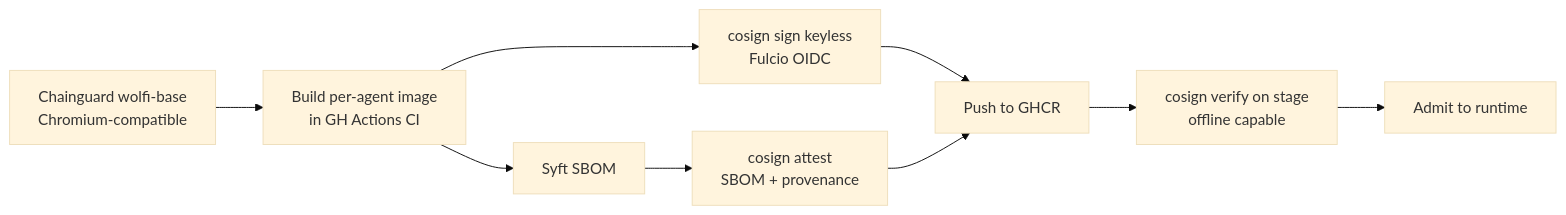
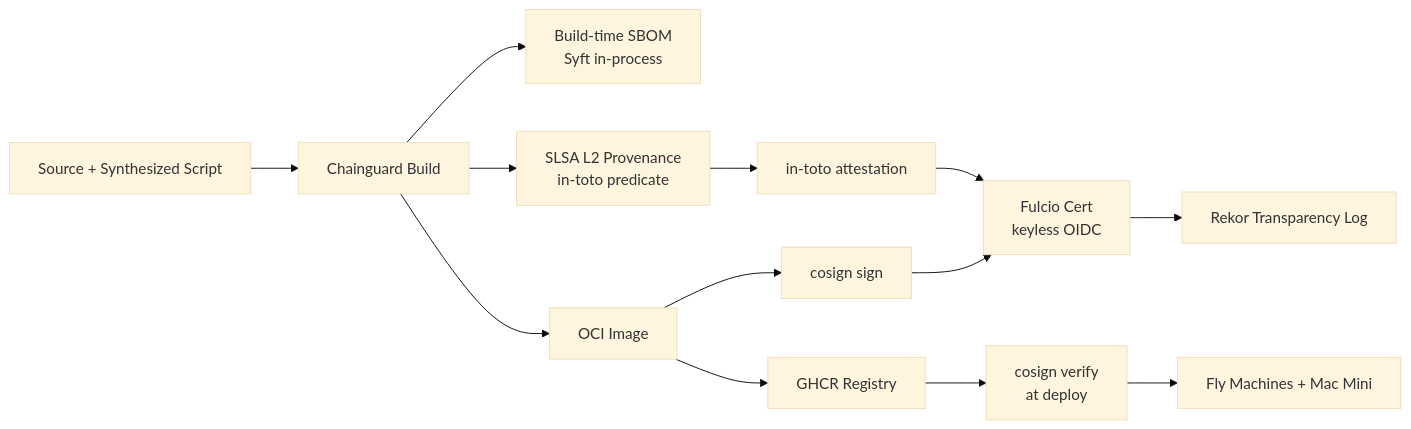
One commit to nihalnihalani/understudy changed the fifth of 9 diagrams in architecture.md. Above: the diagram before and after it, drawn with Mermaid (base theme). The commit also changed other lines of this file and 1 other file, not shown here.

````diff
--- a/architecture.md
+++ b/architecture.md
@@ -133,20 +227,28 @@
 ```mermaid
 flowchart LR
-    Base[Chainguard wolfi-base<br/>Chromium-compatible]
-    Build[Build per-agent image<br/>in GH Actions CI]
-    SBOM[Syft SBOM]
-    Sign[cosign sign keyless<br/>Fulcio OIDC]
-    Attest[cosign attest<br/>SBOM + provenance]
-    Push[Push to GHCR]
-    Verify[cosign verify on stage<br/>offline capable]
-    Admit[Admit to runtime]
+    SRC[Source + Synthesized Script]
+    BUILD[Chainguard Build]
+    SBOM_GEN[Build-time SBOM<br/>Syft in-process]
+    SLSA_PRED[SLSA L2 Provenance<br/>in-toto predicate]
+    IMG[OCI Image]
+    REG[GHCR Registry]
+    ATT[in-toto attestation]
+    FULCIO[Fulcio Cert<br/>keyless OIDC]
+    REKOR[Rekor Transparency Log]
+    COSIGN[cosign sign]
+    VERIFY[cosign verify<br/>at deploy]
+    FLY[Fly Machines + Mac Mini]
 
-    Base --> Build
-    Build --> SBOM
-    Build --> Sign
-    SBOM --> Attest
-    Sign --> Push
-    Attest --> Push
-    Push --> Verify
-    Verify --> Admit
+    SRC --> BUILD
+    BUILD --> SBOM_GEN
+    BUILD --> SLSA_PRED
+    BUILD --> IMG
+    IMG --> REG
+    SLSA_PRED --> ATT
+    ATT --> FULCIO
+    FULCIO --> REKOR
+    IMG --> COSIGN
+    COSIGN --> FULCIO
+    REG --> VERIFY
+    VERIFY --> FLY
 ```
````
